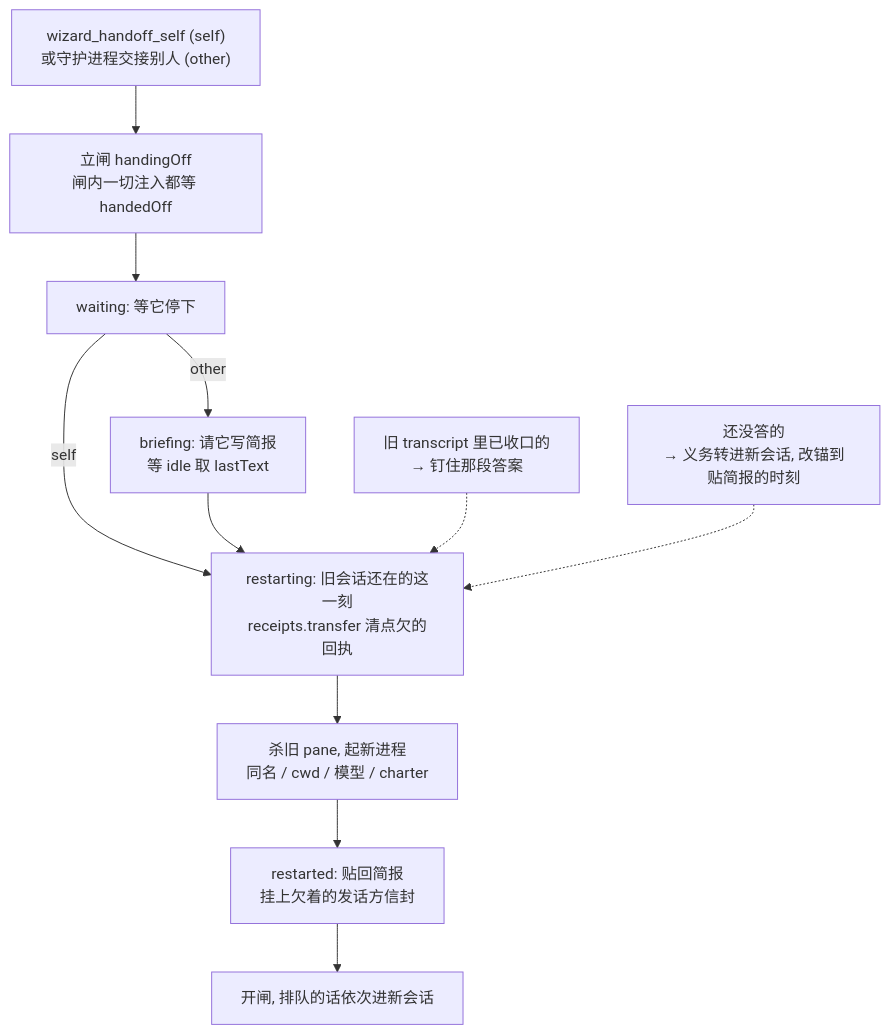
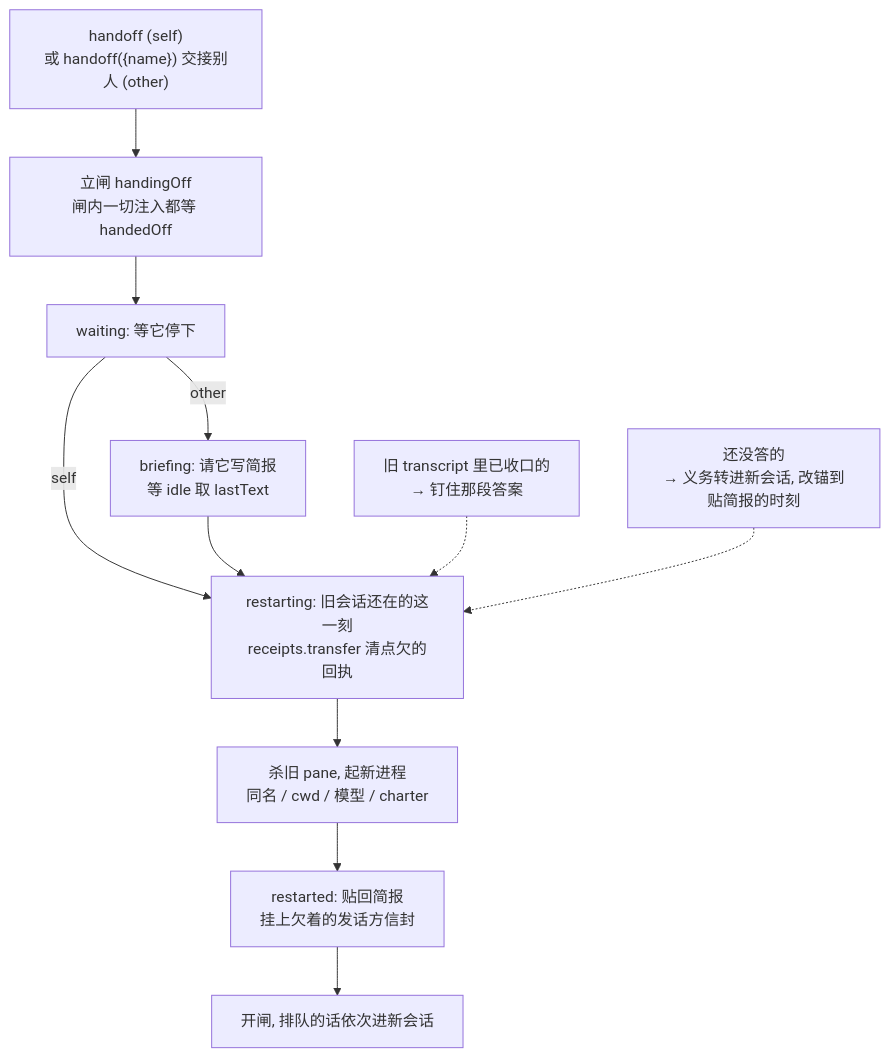
Diagram 12 of 16 in 技术说明.md (guxi11/wezard), drawn with Mermaid before and after one commit. The commit also changed other lines of this file and 5 other files, not shown here.

First line of the commit message:
docs: README 换 hero 与镜像配图, 按 2.3–2.4 的变更更新 README / 技术说明 / 审批配置

````diff
--- a/技术说明.md
+++ b/技术说明.md
@@ -391,13 +474,13 @@
 ```mermaid
 flowchart TD
-    entry["wizard_handoff_self (self)<br/>或守护进程交接别人 (other)"] --> gate["立闸 handingOff<br/>闸内一切注入都等 handedOff"]
+    entry["handoff (self)<br/>或 handoff({name}) 交接别人 (other)"] --> gate["立闸 handingOff<br/>闸内一切注入都等 handedOff"]
     gate --> waiting["waiting: 等它停下"]
     waiting -- "self" --> restarting["restarting: 旧会话还在的这一刻<br/>receipts.transfer 清点欠的回执"]
     waiting -- "other" --> briefing["briefing: 请它写简报<br/>等 idle 取 lastText"]
     briefing --> restarting
     restarting --> kill["杀旧 pane, 起新进程<br/>同名 / cwd / 模型 / charter"]
     kill --> restarted["restarted: 贴回简报<br/>挂上欠着的发话方信封"]
     restarted --> release["开闸, 排队的话依次进新会话"]
     answered["旧 transcript 里已收口的<br/>→ 钉住那段答案"] -.-> restarting
     carried["还没答的<br/>→ 义务转进新会话, 改锚到贴简报的时刻"] -.-> restarting
 ```
````
